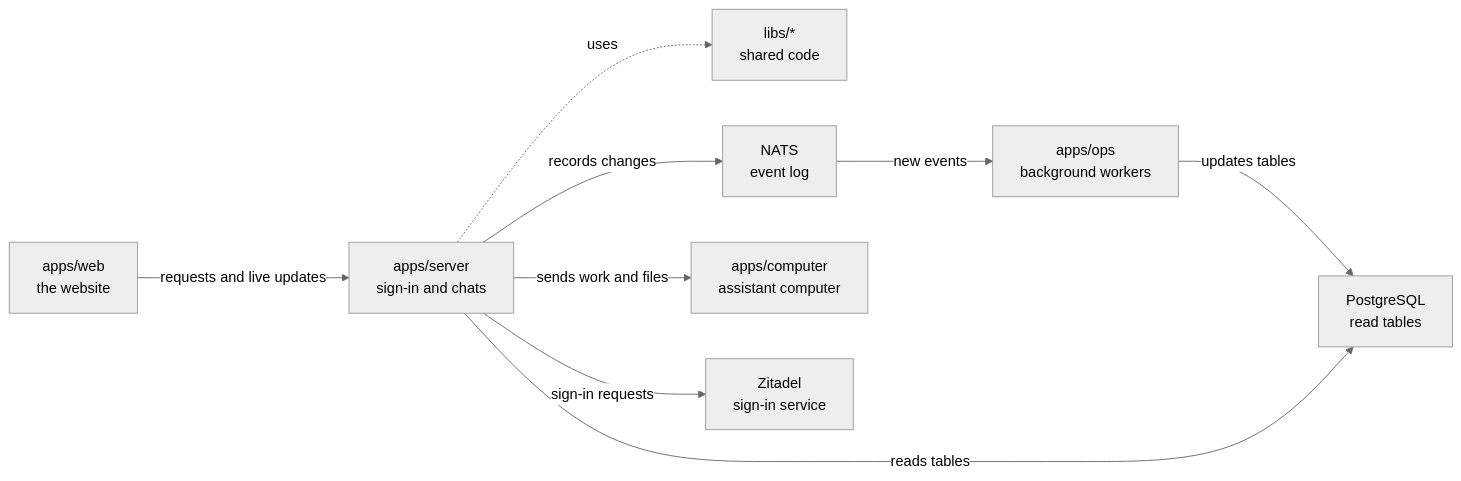
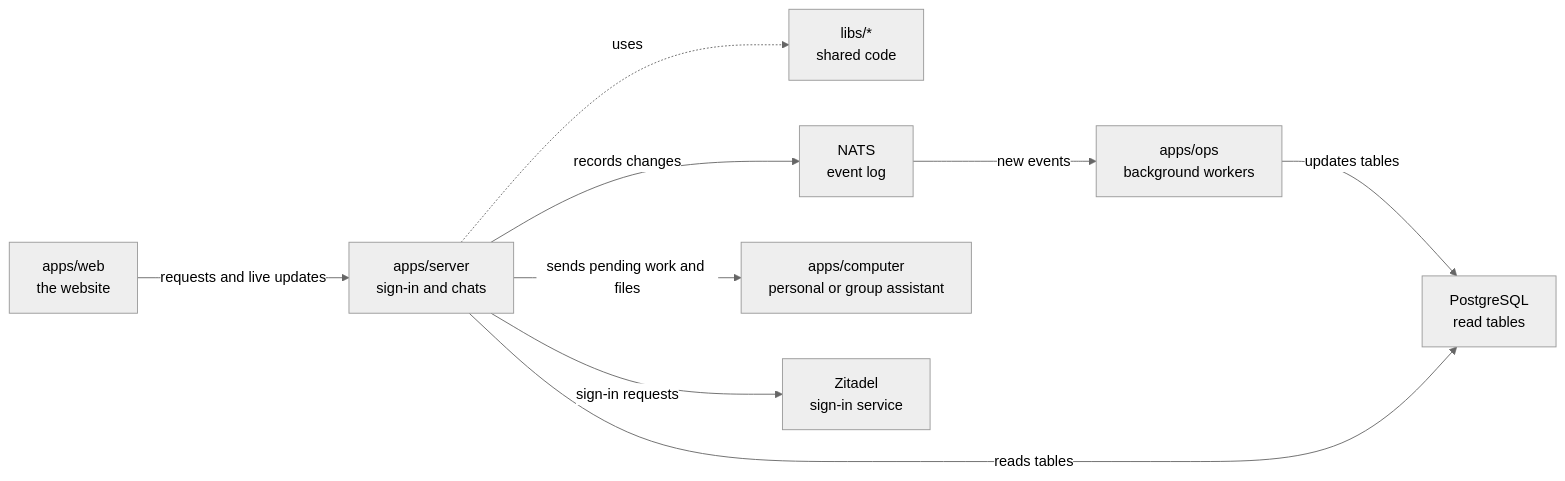
Before and after one commit to elewa-git/opencrane-new: the diagram in apps/server/README.md, drawn with Mermaid (neutral theme). The commit also changed other lines of this file and 16 other files, not shown here.

````diff
--- a/apps/server/README.md
+++ b/apps/server/README.md
@@ -11,11 +11,11 @@
 ```mermaid
 flowchart LR
   web["apps/web<br/>the website"] -->|requests and live updates| server["apps/server<br/>sign-in and chats"]
   server -.->|uses| libs["libs/*<br/>shared code"]
   server -->|records changes| nats["NATS<br/>event log"]
   nats -->|new events| ops["apps/ops<br/>background workers"]
   ops -->|updates tables| postgres["PostgreSQL<br/>read tables"]
   server -->|reads tables| postgres
-  server -->|sends work and files| computer["apps/computer<br/>assistant computer"]
+  server -->|sends pending work and files| computer["apps/computer<br/>personal or group assistant"]
   server -->|sign-in requests| zitadel["Zitadel<br/>sign-in service"]
 ```
````
